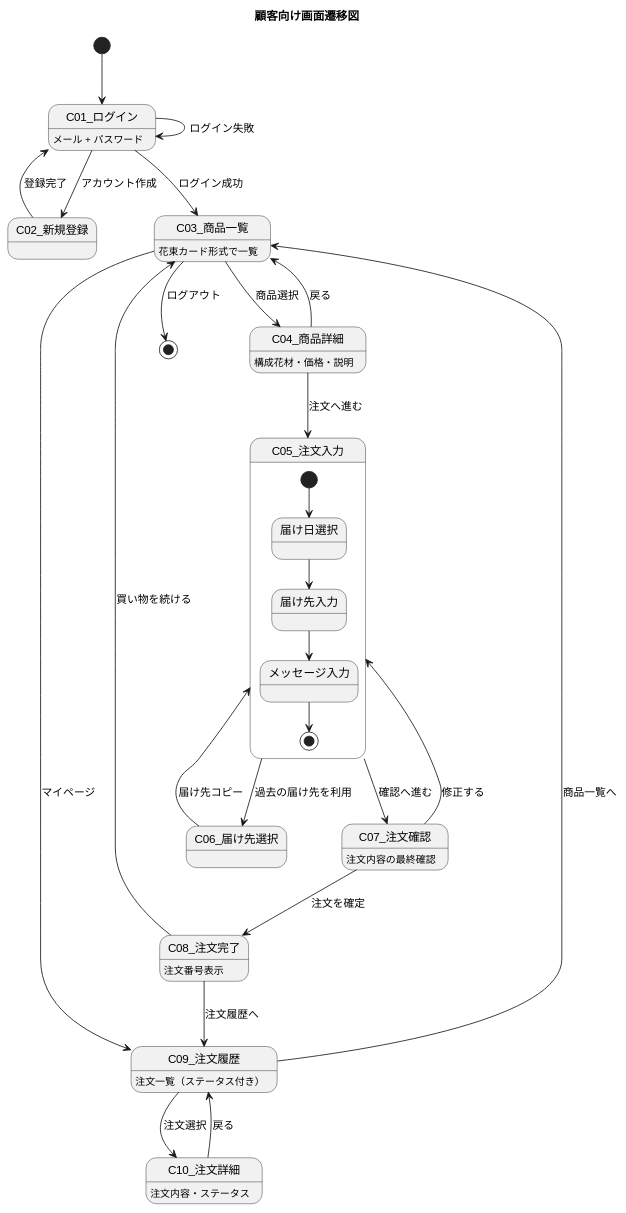
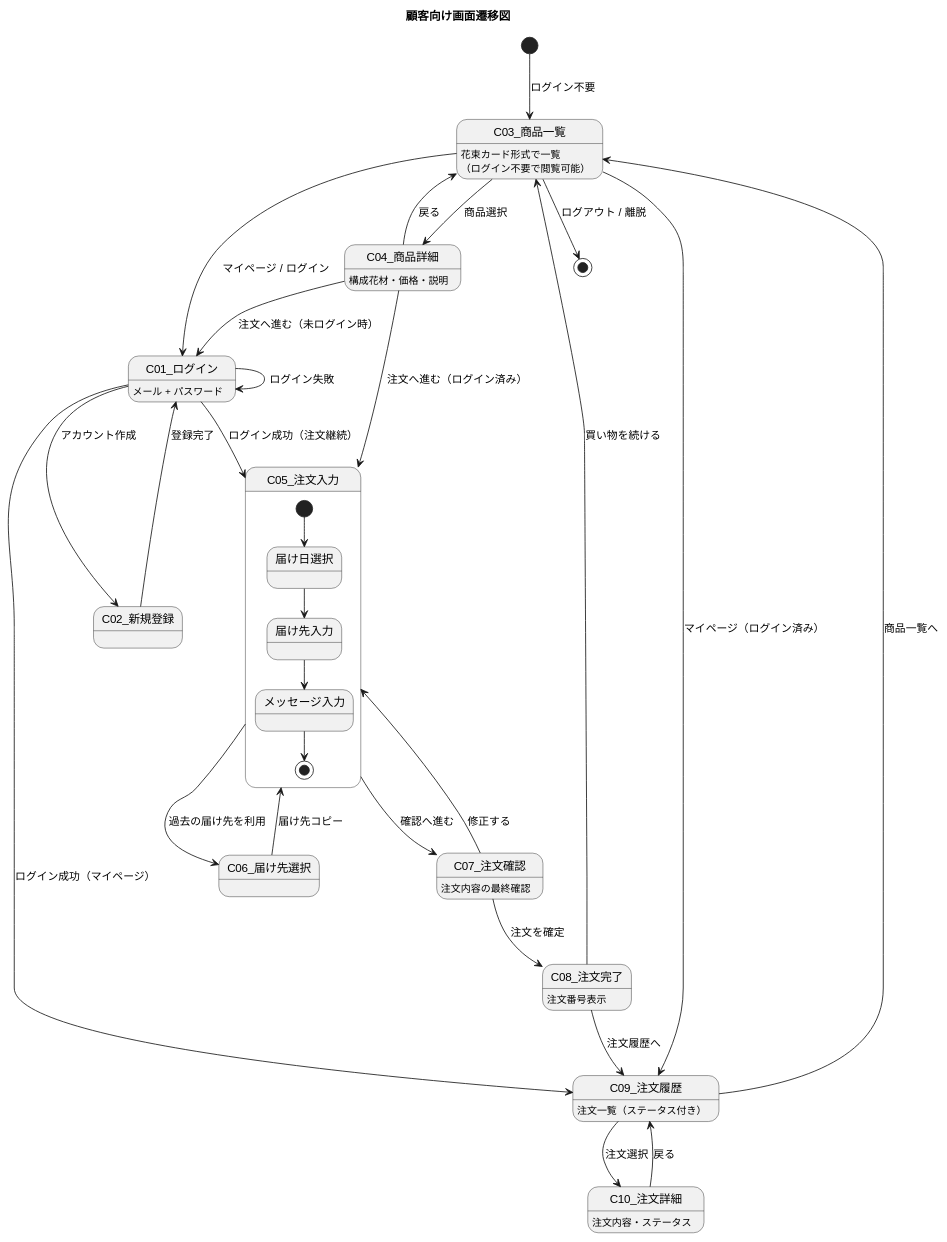
One commit to k2works/case-study-sdd-development changed the first of 9 diagrams in docs/design/ui-design.md. Above: the diagram before and after it, drawn with PlantUML. The commit also changed other lines of this file and 1 other file, not shown here.

````diff
--- a/docs/design/ui-design.md
+++ b/docs/design/ui-design.md
@@ -42,51 +42,54 @@
 ```plantuml
 @startuml
 
 title 顧客向け画面遷移図
 
-[*] --> C01_ログイン
+[*] --> C03_商品一覧 : ログイン不要
+
+state C03_商品一覧 : 花束カード形式で一覧\n（ログイン不要で閲覧可能）
+C03_商品一覧 --> C04_商品詳細 : 商品選択
+C03_商品一覧 --> C01_ログイン : マイページ / ログイン
+
+state C04_商品詳細 : 構成花材・価格・説明
+C04_商品詳細 --> C01_ログイン : 注文へ進む（未ログイン時）
+C04_商品詳細 --> C05_注文入力 : 注文へ進む（ログイン済み）
+C04_商品詳細 --> C03_商品一覧 : 戻る
 
 state C01_ログイン : メール + パスワード
 C01_ログイン --> C02_新規登録 : アカウント作成
 C02_新規登録 --> C01_ログイン : 登録完了
-C01_ログイン --> C03_商品一覧 : ログイン成功
+C01_ログイン --> C05_注文入力 : ログイン成功（注文継続）
+C01_ログイン --> C09_注文履歴 : ログイン成功（マイページ）
 C01_ログイン --> C01_ログイン : ログイン失敗
-
-state C03_商品一覧 : 花束カード形式で一覧
-C03_商品一覧 --> C04_商品詳細 : 商品選択
-C03_商品一覧 --> C09_注文履歴 : マイページ
-
-state C04_商品詳細 : 構成花材・価格・説明
-C04_商品詳細 --> C05_注文入力 : 注文へ進む
-C04_商品詳細 --> C03_商品一覧 : 戻る
 
 state C05_注文入力 {
   [*] --> 届け日選択
   届け日選択 --> 届け先入力
   届け先入力 --> メッセージ入力
   メッセージ入力 --> [*]
 }
 
 C05_注文入力 --> C06_届け先選択 : 過去の届け先を利用
 C06_届け先選択 --> C05_注文入力 : 届け先コピー
 C05_注文入力 --> C07_注文確認 : 確認へ進む
 
 state C07_注文確認 : 注文内容の最終確認
 C07_注文確認 --> C05_注文入力 : 修正する
 C07_注文確認 --> C08_注文完了 : 注文を確定
 
 state C08_注文完了 : 注文番号表示
 C08_注文完了 --> C03_商品一覧 : 買い物を続ける
 C08_注文完了 --> C09_注文履歴 : 注文履歴へ
 
 state C09_注文履歴 : 注文一覧（ステータス付き）
 C09_注文履歴 --> C10_注文詳細 : 注文選択
 C09_注文履歴 --> C03_商品一覧 : 商品一覧へ
 
 state C10_注文詳細 : 注文内容・ステータス
 C10_注文詳細 --> C09_注文履歴 : 戻る
 
-C03_商品一覧 --> [*] : ログアウト
+C03_商品一覧 --> C09_注文履歴 : マイページ（ログイン済み）
+C03_商品一覧 --> [*] : ログアウト / 離脱
 
 @enduml
 ```
````
